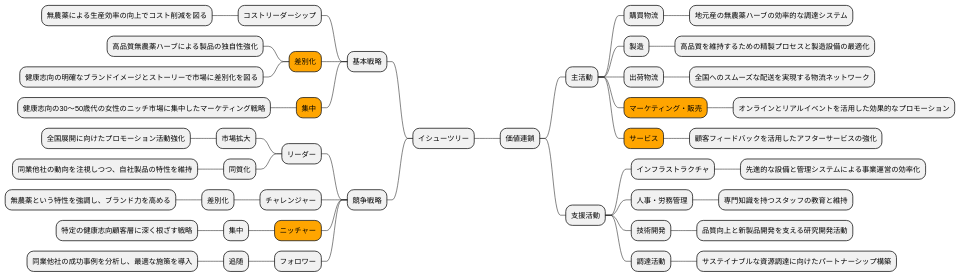
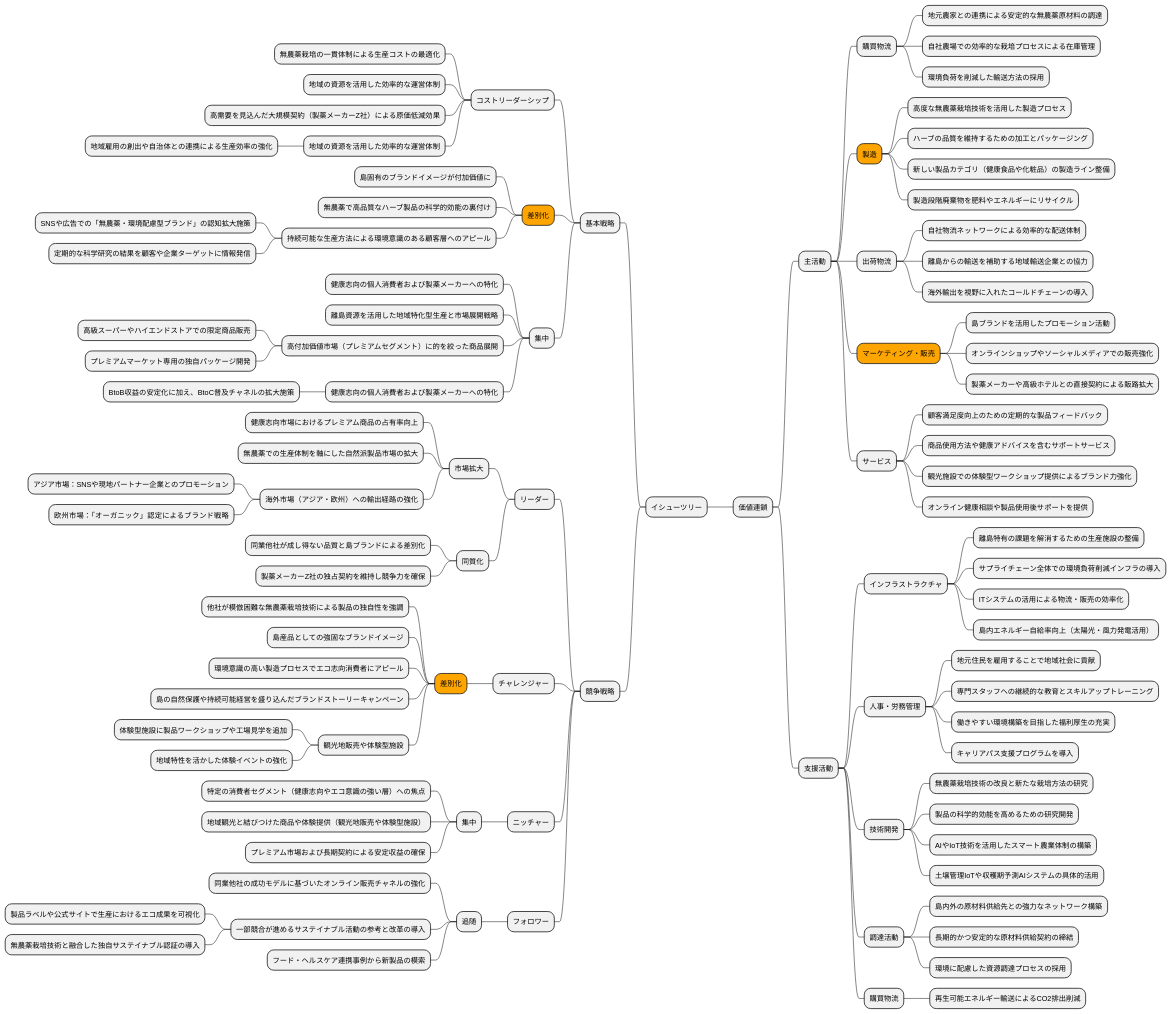
One commit to k2works/case-study-business-analysis changed diagram 11 of 19 in docs/case/r02_case_2.adoc. Above: the diagram before and after it, drawn with PlantUML. The commit also changed other lines of this file, not shown here.

```diff
--- a/docs/case/r02_case_2.adoc
+++ b/docs/case/r02_case_2.adoc
@@ -432,49 +477,105 @@
 left side
 ** 基本戦略
 *** コストリーダーシップ
-**** 無農薬による生産効率の向上でコスト削減を図る
+**** 無農薬栽培の一貫体制による生産コストの最適化
+**** 地域の資源を活用した効率的な運営体制
+**** 高需要を見込んだ大規模契約（製薬メーカーZ社）による原価低減効果
+**** 地域の資源を活用した効率的な運営体制
+***** 地域雇用の創出や自治体との連携による生産効率の強化
 ***[#orange] 差別化
-**** 高品質無農薬ハーブによる製品の独自性強化
-**** 健康志向の明確なブランドイメージとストーリーで市場に差別化を図る
-***[#orange] 集中
-**** 健康志向の30～50歳代の女性のニッチ市場に集中したマーケティング戦略
+**** 島固有のブランドイメージが付加価値に
+**** 無農薬で高品質なハーブ製品の科学的効能の裏付け
+**** 持続可能な生産方法による環境意識のある顧客層へのアピール
+***** SNSや広告での「無農薬・環境配慮型ブランド」の認知拡大施策
+***** 定期的な科学研究の結果を顧客や企業ターゲットに情報発信
+*** 集中
+**** 健康志向の個人消費者および製薬メーカーへの特化
+**** 離島資源を活用した地域特化型生産と市場展開戦略
+**** 高付加価値市場（プレミアムセグメント）に的を絞った商品展開
+***** 高級スーパーやハイエンドストアでの限定商品販売
+***** プレミアムマーケット専用の独自パッケージ開発
+**** 健康志向の個人消費者および製薬メーカーへの特化
+***** BtoB収益の安定化に加え、BtoC普及チャネルの拡大施策
 ** 競争戦略
 *** リーダー
 **** 市場拡大
-***** 全国展開に向けたプロモーション活動強化
+***** 健康志向市場におけるプレミアム商品の占有率向上
+***** 無農薬での生産体制を軸にした自然派製品市場の拡大
+***** 海外市場（アジア・欧州）への輸出経路の強化
+****** アジア市場：SNSや現地パートナー企業とのプロモーション
+****** 欧州市場：「オーガニック」認定によるブランド戦略
 **** 同質化
-***** 同業他社の動向を注視しつつ、自社製品の特性を維持
+***** 同業他社が成し得ない品質と島ブランドによる差別化
+***** 製薬メーカーZ社の独占契約を維持し競争力を確保
 *** チャレンジャー
-**** 差別化
-***** 無農薬という特性を強調し、ブランド力を高める
-***[#orange] ニッチャー
+****[#orange] 差別化
+***** 他社が模倣困難な無農薬栽培技術による製品の独自性を強調
+***** 島産品としての強固なブランドイメージ
+***** 環境意識の高い製造プロセスでエコ志向消費者にアピール
+***** 島の自然保護や持続可能経営を盛り込んだブランドストーリーキャンペーン
+***** 観光地販売や体験型施設
+****** 体験型施設に製品ワークショップや工場見学を追加
+****** 地域特性を活かした体験イベントの強化
+*** ニッチャー
 **** 集中
-***** 特定の健康志向顧客層に深く根ざす戦略
+***** 特定の消費者セグメント（健康志向やエコ意識の強い層）への焦点
+***** 地域観光と結びつけた商品や体験提供（観光地販売や体験型施設）
+***** プレミアム市場および長期契約による安定収益の確保
 *** フォロワー
 **** 追随
-***** 同業他社の成功事例を分析し、最適な施策を導入
+***** 同業他社の成功モデルに基づいたオンライン販売チャネルの強化
+***** 一部競合が進めるサステイナブル活動の参考と改革の導入
+****** 製品ラベルや公式サイトで生産におけるエコ成果を可視化
+****** 無農薬栽培技術と融合した独自サステイナブル認証の導入
+***** フード・ヘルスケア連携事例から新製品の模索
 right side
 ** 価値連鎖
 *** 主活動
 **** 購買物流
-***** 地元産の無農薬ハーブの効率的な調達システム
-**** 製造
-***** 高品質を維持するための精製プロセスと製造設備の最適化
+***** 地元農家との連携による安定的な無農薬原材料の調達
+***** 自社農場での効率的な栽培プロセスによる在庫管理
+***** 環境負荷を削減した輸送方法の採用
+****[#orange] 製造
+***** 高度な無農薬栽培技術を活用した製造プロセス
+***** ハーブの品質を維持するための加工とパッケージング
+***** 新しい製品カテゴリ（健康食品や化粧品）の製造ライン整備
+***** 製造段階廃棄物を肥料やエネルギーにリサイクル
 **** 出荷物流
-***** 全国へのスムーズな配送を実現する物流ネットワーク
+***** 自社物流ネットワークによる効率的な配送体制
+***** 離島からの輸送を補助する地域輸送企業との協力
+***** 海外輸出を視野に入れたコールドチェーンの導入
 ****[#orange] マーケティング・販売
-***** オンラインとリアルイベントを活用した効果的なプロモーション
-****[#orange] サービス
-***** 顧客フィードバックを活用したアフターサービスの強化
+***** 島ブランドを活用したプロモーション活動
+***** オンラインショップやソーシャルメディアでの販売強化
+***** 製薬メーカーや高級ホテルとの直接契約による販路拡大
+**** サービス
+***** 顧客満足度向上のための定期的な製品フィードバック
+***** 商品使用方法や健康アドバイスを含むサポートサービス
+***** 観光施設での体験型ワークショップ提供によるブランド力強化
+***** オンライン健康相談や製品使用後サポートを提供
 *** 支援活動
 **** インフラストラクチャ
-***** 先進的な設備と管理システムによる事業運営の効率化
+***** 離島特有の課題を解消するための生産施設の整備
+***** サプライチェーン全体での環境負荷削減インフラの導入
+***** ITシステムの活用による物流・販売の効率化
+***** 島内エネルギー自給率向上（太陽光・風力発電活用）
 **** 人事・労務管理
-***** 専門知識を持つスタッフの教育と維持
+***** 地元住民を雇用することで地域社会に貢献
+***** 専門スタッフへの継続的な教育とスキルアップトレーニング
+***** 働きやすい環境構築を目指した福利厚生の充実
+***** キャリアパス支援プログラムを導入
 **** 技術開発
-***** 品質向上と新製品開発を支える研究開発活動
+***** 無農薬栽培技術の改良と新たな栽培方法の研究
+***** 製品の科学的効能を高めるための研究開発
+***** AIやIoT技術を活用したスマート農業体制の構築
+***** 土壌管理IoTや収穫期予測AIシステムの具体的活用
 **** 調達活動
-***** サステイナブルな資源調達に向けたパートナーシップ構築
+***** 島内外の原材料供給先との強力なネットワーク構築
+***** 長期的かつ安定的な原材料供給契約の締結
+***** 環境に配慮した資源調達プロセスの採用
+**** 購買物流
+***** 再生可能エネルギー輸送によるCO2排出削減
+
 
 @endmindmap
 ----
```
